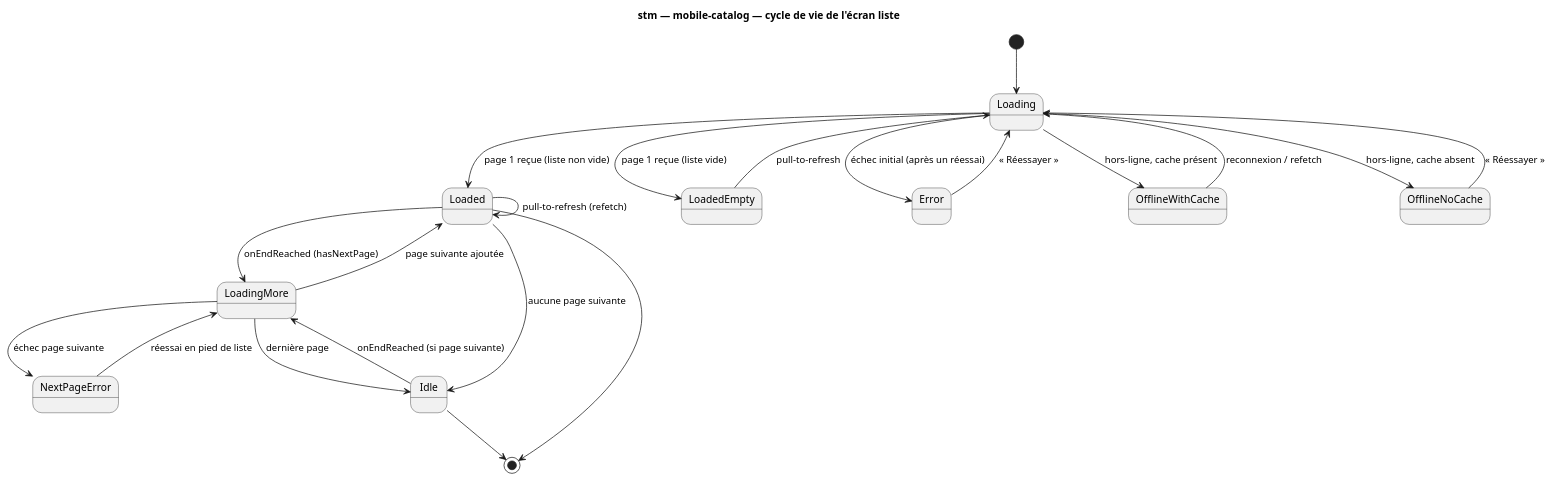
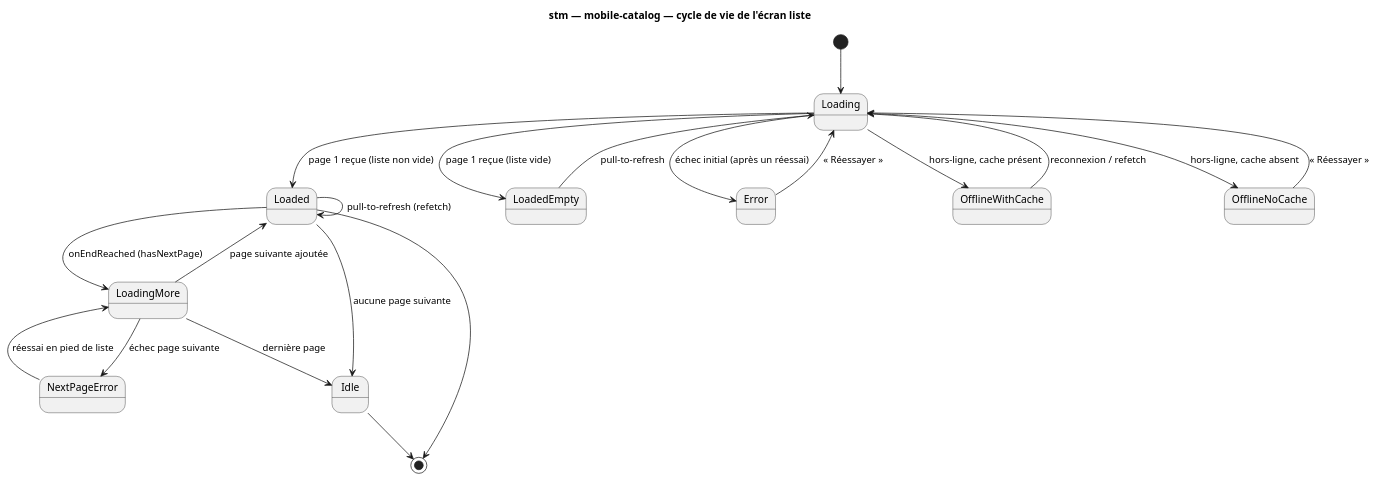
One commit to benoit-bremaud/brasse-bouillon changed the second of 2 diagrams in docs/architecture/diagrams/mobile-catalog/07-state-list-screen.md. Above: the diagram before and after it, drawn with PlantUML. The commit also changed other lines of this file and 6 other files, not shown here.

````diff
--- a/docs/architecture/diagrams/mobile-catalog/07-state-list-screen.md
+++ b/docs/architecture/diagrams/mobile-catalog/07-state-list-screen.md
@@ -50,31 +49,30 @@
 ```plantuml
 @startuml
 title stm — mobile-catalog — cycle de vie de l'écran liste
 [*] --> Loading
 
 Loading --> Loaded : page 1 reçue (liste non vide)
 Loading --> LoadedEmpty : page 1 reçue (liste vide)
 Loading --> Error : échec initial (après un réessai)
 Loading --> OfflineWithCache : hors-ligne, cache présent
 Loading --> OfflineNoCache : hors-ligne, cache absent
 
 Loaded --> LoadingMore : onEndReached (hasNextPage)
 Loaded --> Loaded : pull-to-refresh (refetch)
 Loaded --> Idle : aucune page suivante
 
 LoadingMore --> Loaded : page suivante ajoutée
 LoadingMore --> NextPageError : échec page suivante
 LoadingMore --> Idle : dernière page
 
 NextPageError --> LoadingMore : réessai en pied de liste
 Error --> Loading : « Réessayer »
 OfflineWithCache --> Loading : reconnexion / refetch
 OfflineNoCache --> Loading : « Réessayer »
 
 LoadedEmpty --> Loading : pull-to-refresh
 
-Idle --> LoadingMore : onEndReached (si page suivante)
 Loaded --> [*]
 Idle --> [*]
 @enduml
 ```
````
